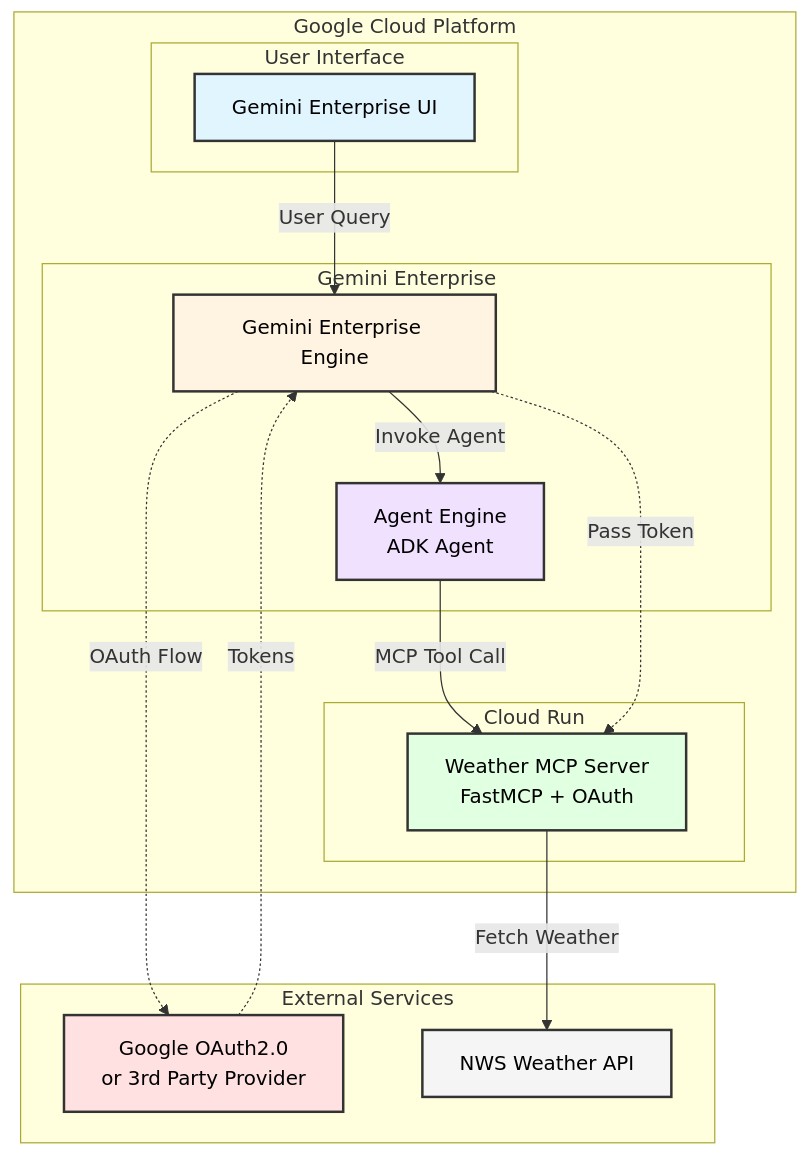
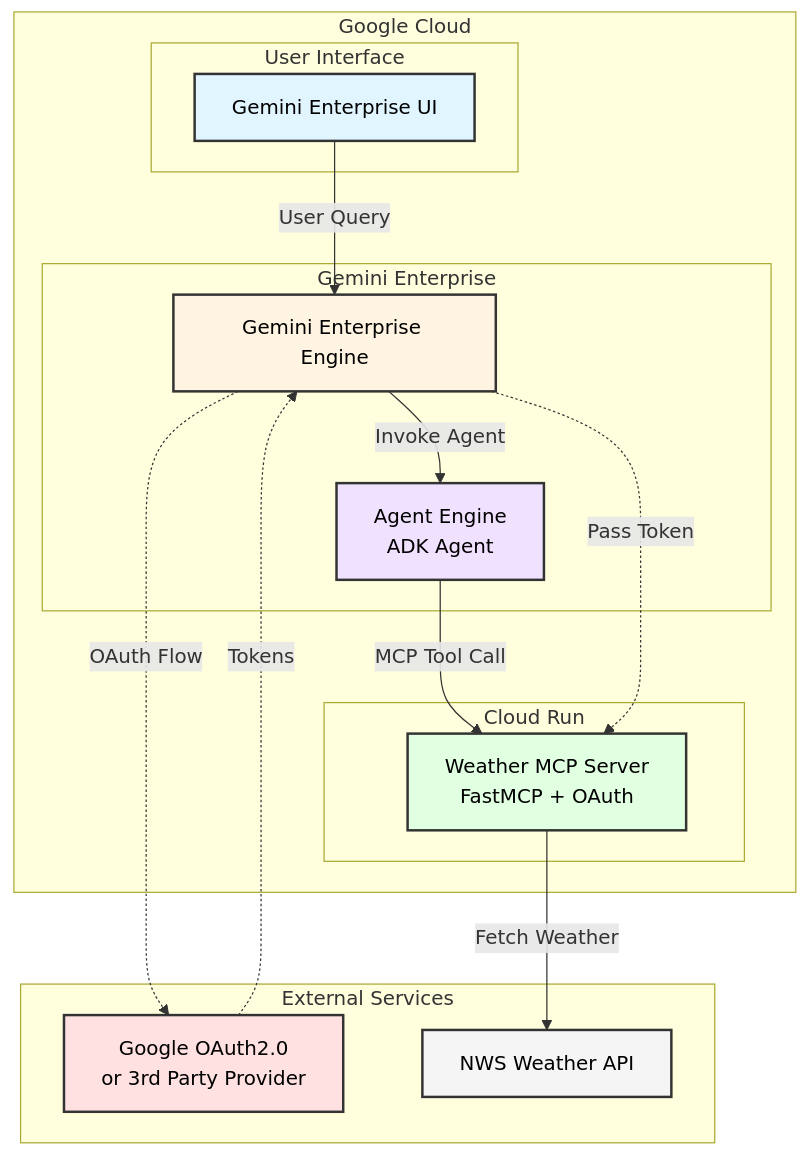
Before and after one commit to wadave/agent-solution-ops: the diagram in README.md, drawn with Mermaid. The commit also changed other lines of this file, not shown here.

Commit message:
docs: Update nomenclature to Google Cloud

````diff
--- a/README.md
+++ b/README.md
@@ -60,39 +62,39 @@
 ```mermaid
 graph TB
-    subgraph "Google Cloud Platform"
+    subgraph "Google Cloud"
         subgraph "User Interface"
         UI["Gemini Enterprise UI"]
         end
         subgraph "Gemini Enterprise"
             AS["Gemini Enterprise Engine"]
             RE["Agent Engine<br/>ADK Agent"]
         end
 
         subgraph "Cloud Run"
             MCP["Weather MCP Server<br/>FastMCP + OAuth"]
         end
 
     end
 
     subgraph "External Services"
             OAUTH["Google OAuth2.0
             or 3rd Party Provider"]
             NWS["NWS Weather API"]
         end
 
     UI -->|User Query| AS
     AS -->|Invoke Agent| RE
     RE -->|MCP Tool Call| MCP
     MCP -->|Fetch Weather| NWS
 
     AS -.->|OAuth Flow| OAUTH
     OAUTH -.->|Tokens| AS
     AS -.->|Pass Token| MCP
 
     style UI fill:#e1f5ff,stroke:#333,stroke-width:2px,color:#000
     style AS fill:#fff4e1,stroke:#333,stroke-width:2px,color:#000
     style RE fill:#f0e1ff,stroke:#333,stroke-width:2px,color:#000
     style MCP fill:#e1ffe1,stroke:#333,stroke-width:2px,color:#000
     style OAUTH fill:#ffe1e1,stroke:#333,stroke-width:2px,color:#000
     style NWS fill:#f5f5f5,stroke:#333,stroke-width:2px,color:#000
 ```
````
